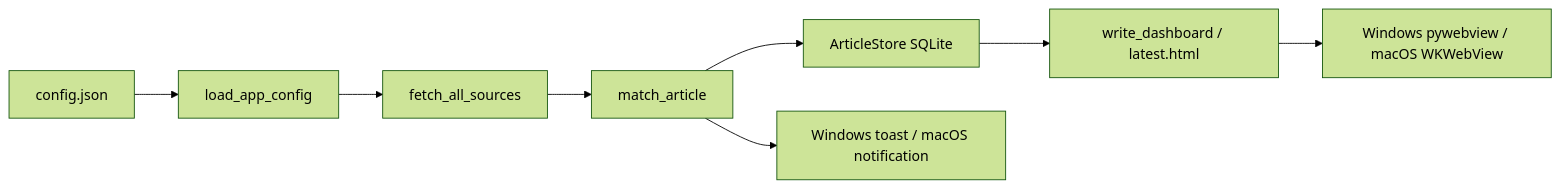
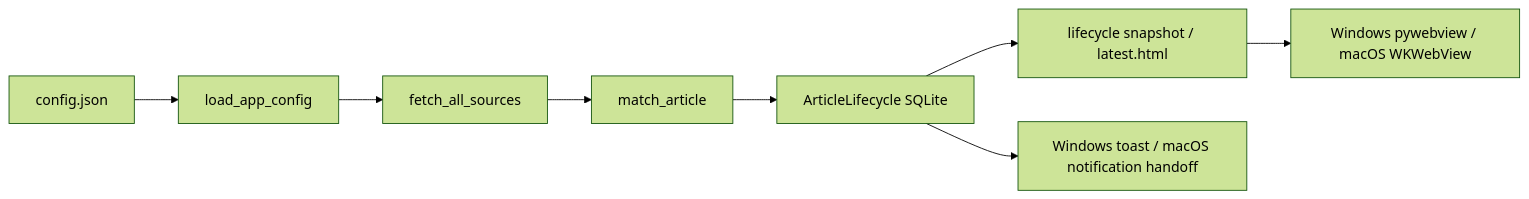
The diagram in ARCHITECTURE_LOGIC_SUMMARY.md (Dahe-Labs/paper-monitor), drawn with Mermaid (forest theme) before and after one commit. The commit also changed other lines of this file and 24 other files, not shown here.

Commit message:
refactor: unify article lifecycle storage

````diff
--- a/ARCHITECTURE_LOGIC_SUMMARY.md
+++ b/ARCHITECTURE_LOGIC_SUMMARY.md
@@ -20,10 +20,10 @@
 ```mermaid
 flowchart LR
     Config["config.json"] --> Load["load_app_config"]
     Load --> Sources["fetch_all_sources"]
     Sources --> Match["match_article"]
-    Match --> Store["ArticleStore SQLite"]
-    Store --> Dashboard["write_dashboard / latest.html"]
+    Match --> Lifecycle["ArticleLifecycle SQLite"]
+    Lifecycle --> Dashboard["lifecycle snapshot / latest.html"]
     Dashboard --> Desktop["Windows pywebview / macOS WKWebView"]
-    Match --> Notify["Windows toast / macOS notification"]
+    Lifecycle --> Notify["Windows toast / macOS notification handoff"]
 ```
````
